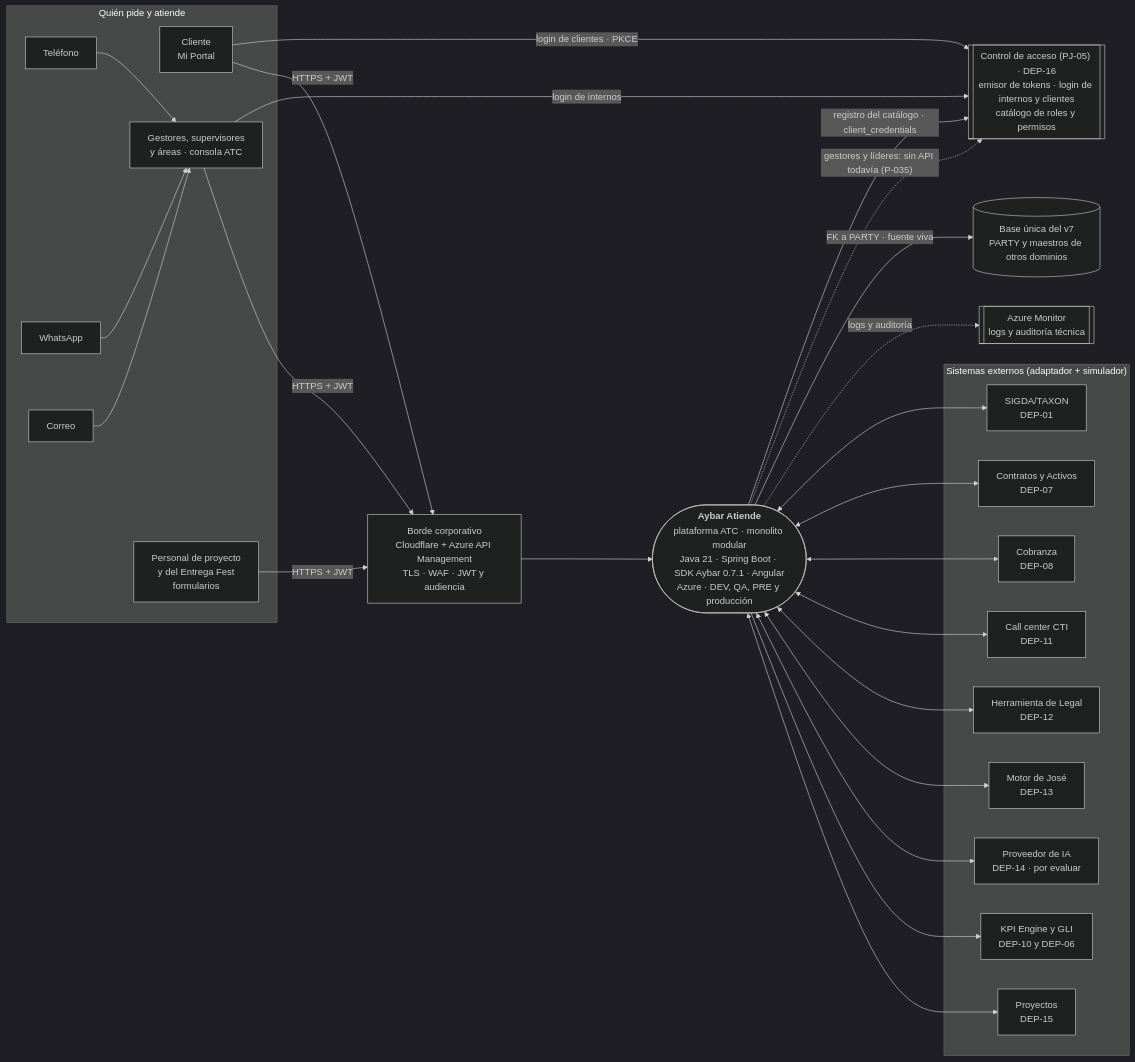
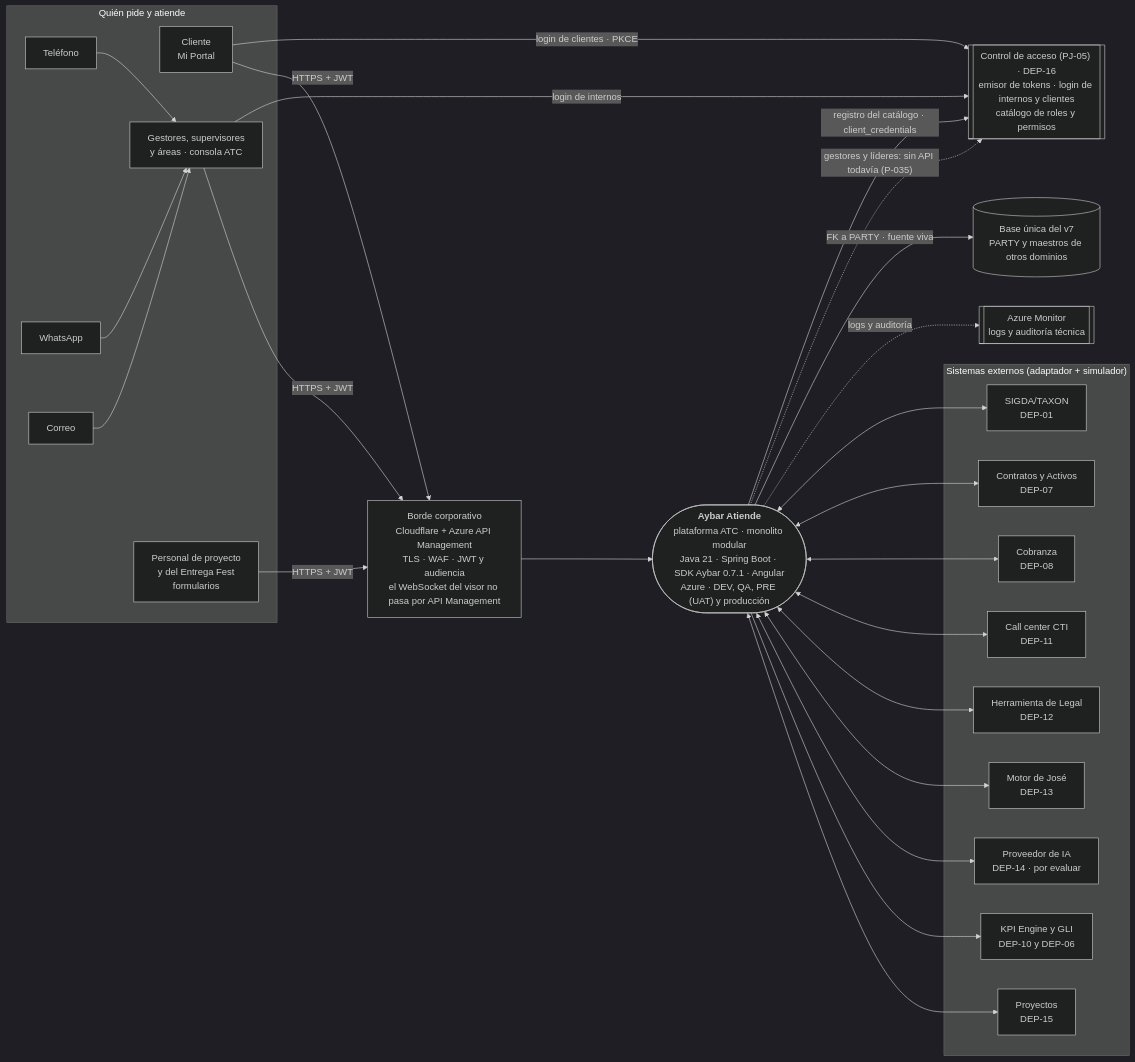
One commit to michel-poma-huachihuaco/tyc-mockup changed the diagram in propuesta-po/documentacion/paquete-definir-etapa1-v1.3/arquitectura/c4-contexto.mmd. Above: the diagram before and after it, drawn with Mermaid (dark theme). The commit also changed 54 other files, not shown here.

```diff
--- a/propuesta-po/documentacion/paquete-definir-etapa1-v1.3/arquitectura/c4-contexto.mmd
+++ b/propuesta-po/documentacion/paquete-definir-etapa1-v1.3/arquitectura/c4-contexto.mmd
@@ -1,49 +1,50 @@
 flowchart LR
   subgraph Quien["Quién pide y atiende"]
     tel[Teléfono]
     wa[WhatsApp]
     mail[Correo]
     cli[Cliente<br/>Mi Portal]
     ges[Gestores, supervisores<br/>y áreas · consola ATC]
     obra[Personal de proyecto<br/>y del Entrega Fest<br/>formularios]
   end
-  borde["Borde corporativo<br/>Cloudflare + Azure API Management<br/>TLS · WAF · JWT y audiencia"]
-  atc(["<b>Aybar Atiende</b><br/>plataforma ATC · monolito modular<br/>Java 21 · Spring Boot · SDK Aybar 0.7.1 · Angular<br/>Azure · DEV, QA, PRE y producción"])
+  borde["Borde corporativo<br/>Cloudflare + Azure API Management<br/>TLS · WAF · JWT y audiencia<br/>el WebSocket del visor no pasa por API Management"]
+  atc(["<b>Aybar Atiende</b><br/>plataforma ATC · monolito modular<br/>Java 21 · Spring Boot · SDK Aybar 0.7.1 · Angular<br/>Azure · DEV, QA, PRE (UAT) y producción"])
   ctrl[["Control de acceso (PJ-05) · DEP-16<br/>emisor de tokens · login de internos y clientes<br/>catálogo de roles y permisos"]]
   base[("Base única del v7<br/>PARTY y maestros de otros dominios")]
   mon[["Azure Monitor<br/>logs y auditoría técnica"]]
   subgraph Ext["Sistemas externos (adaptador + simulador)"]
     sigda[SIGDA/TAXON<br/>DEP-01]
     con[Contratos y Activos<br/>DEP-07]
     cob[Cobranza<br/>DEP-08]
     cti[Call center CTI<br/>DEP-11]
     leg[Herramienta de Legal<br/>DEP-12]
     jose[Motor de José<br/>DEP-13]
     ia[Proveedor de IA<br/>DEP-14 · por evaluar]
     kpi[KPI Engine y GLI<br/>DEP-10 y DEP-06]
     proy[Proyectos<br/>DEP-15]
   end
   cli -- "login de clientes · PKCE" --> ctrl
   ges -- "login de internos" --> ctrl
   cli -- "HTTPS + JWT" --> borde
   ges -- "HTTPS + JWT" --> borde
   obra -- "HTTPS + JWT" --> borde
   borde --> atc
   tel --> ges
   wa --> ges
   mail --> ges
   atc -- "registro del catálogo · client_credentials" --> ctrl
   atc -. "gestores y líderes: sin API todavía (P-035)" .-> ctrl
   atc -- "FK a PARTY · fuente viva" --> base
   atc -. "logs y auditoría" .-> mon
   atc <--> sigda
   atc <--> con
   atc <--> cob
   atc <--> cti
   atc <--> leg
   atc <--> jose
   atc <--> ia
   atc --> kpi
   atc <--> proy
 %% Generado por IA (Claude, 2026-10-22), versión base v2 de Nexora; actualizado con las decisiones DT-01 a DT-07 del Líder Técnico (Control de acceso emite los tokens y hace el login; Azure; borde con Cloudflare y API Management; base única con PARTY como fuente viva). — Revisado por: (pendiente)
 %% Historial: 0.3 · 2026-10-26 · Brayan Hurtado, con IA · borde corporativo, base única, Azure Monitor y ambientes; DEP-15; la consulta de gestores y líderes queda punteada porque Control de acceso no la tiene (P-035); los canales llegan por los gestores
+%% Historial: 0.4 · 2026-10-26 · Brayan Hurtado, con IA · segunda revisión del Líder Técnico: PRE con la UAT (PLT-05 §4.2) y el WebSocket del visor fuera de API Management
```
